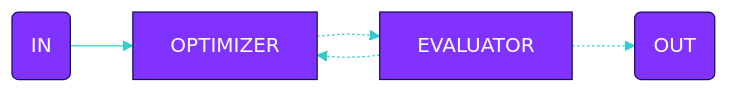
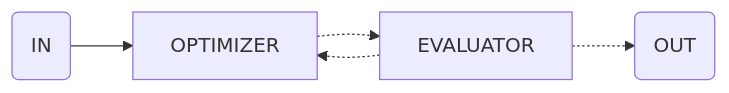
Before and after one commit to callstackincubator/flows-ai: the diagram in docs/flows/evaluator.mdx, drawn with Mermaid. The commit also changed other lines of this file and 8 other files, not shown here.

````diff
--- a/docs/flows/evaluator.mdx
+++ b/docs/flows/evaluator.mdx
@@ -6,20 +6,7 @@
 ```mermaid
-%%{
-  init: {
-    'theme': 'base',
-    'themeVariables': {
-      'primaryColor': '#8232ff',
-      'primaryTextColor': '#fff',
-      'primaryBorderColor': '#141450',
-      'lineColor': '#33CCCC',
-      'secondaryColor': '#141450',
-      'tertiaryColor': '#33CCCC'
-    }
-  }
-}%%
 flowchart LR
     A("IN") --> B["OPTIMIZER"]
     B -.-> C["EVALUATOR"]
     C -.-> B
     C -.-> F("OUT")
 ```
````
